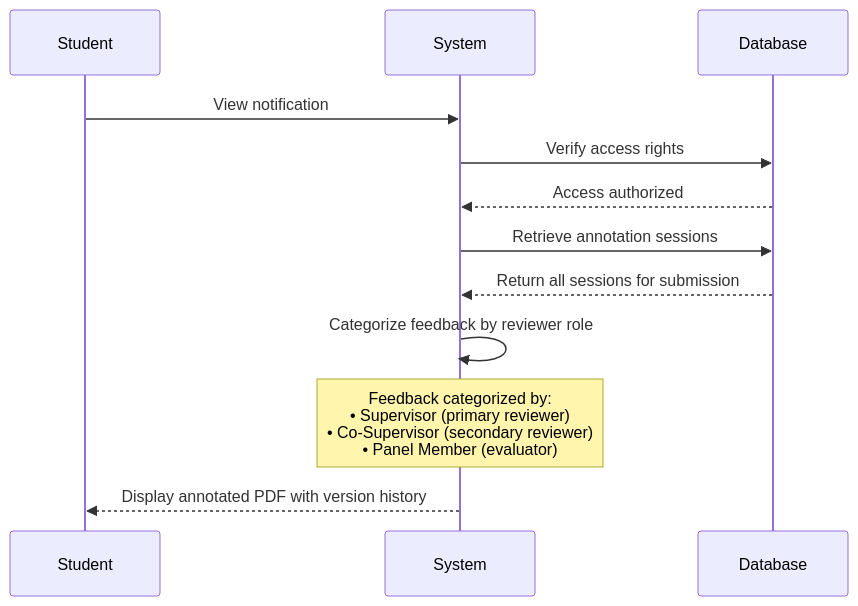
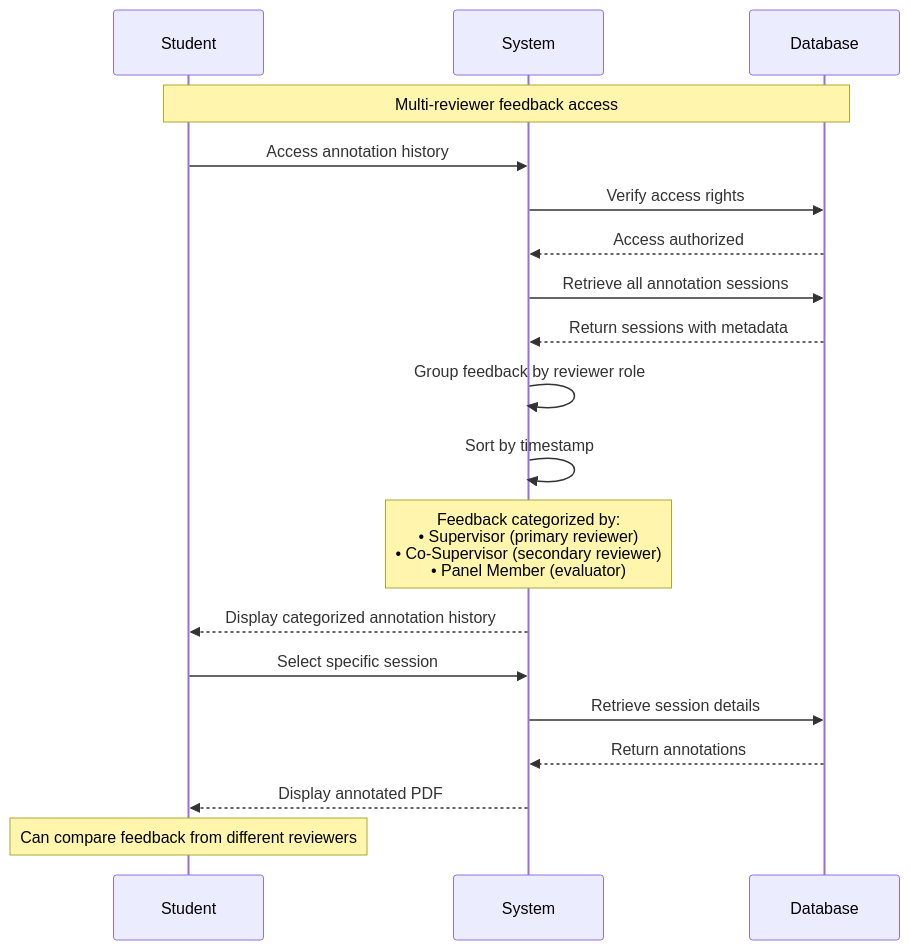
The fourth of 36 diagrams in sequence-academic.md (abdullah2323442/thesisrepo-backup), drawn with Mermaid before and after one commit. The commit also changed other lines of this file, not shown here.

Commit message:
update sequence academic md

````diff
--- a/sequence-academic.md
+++ b/sequence-academic.md
@@ -95,18 +95,29 @@
 ```mermaid
 sequenceDiagram
     participant Student
     participant System
     participant Database
 
-    Student->>System: View notification
+    Note over Student,Database: Multi-reviewer feedback access
+    
+    Student->>System: Access annotation history
     System->>Database: Verify access rights
     Database-->>System: Access authorized
     
-    System->>Database: Retrieve annotation sessions
-    Database-->>System: Return all sessions for submission
+    System->>Database: Retrieve all annotation sessions
+    Database-->>System: Return sessions with metadata
     
-    System->>System: Categorize feedback by reviewer role
+    System->>System: Group feedback by reviewer role
+    System->>System: Sort by timestamp
+    
     Note over System: Feedback categorized by:<br/>• Supervisor (primary reviewer)<br/>• Co-Supervisor (secondary reviewer)<br/>• Panel Member (evaluator)
     
-    System-->>Student: Display annotated PDF with version history
+    System-->>Student: Display categorized annotation history
+    
+    Student->>System: Select specific session
+    System->>Database: Retrieve session details
+    Database-->>System: Return annotations
+    System-->>Student: Display annotated PDF
+    
+    Note over Student: Can compare feedback from different reviewers
 ```
````
